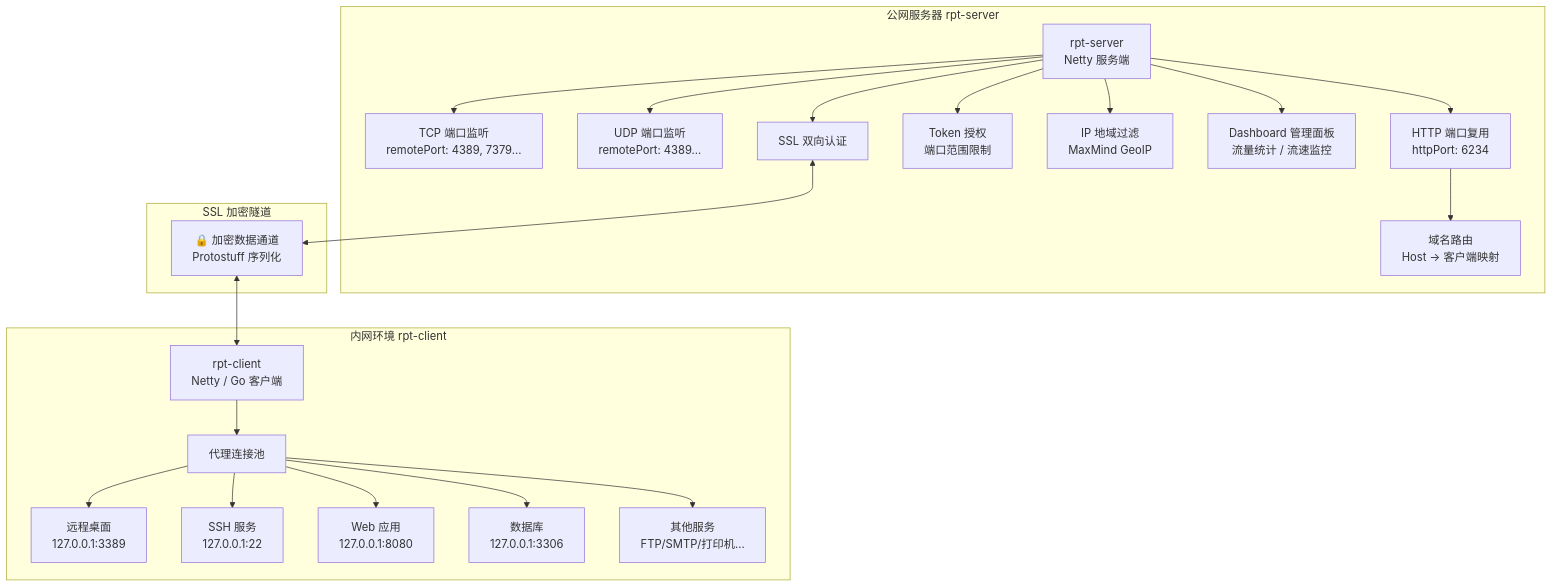
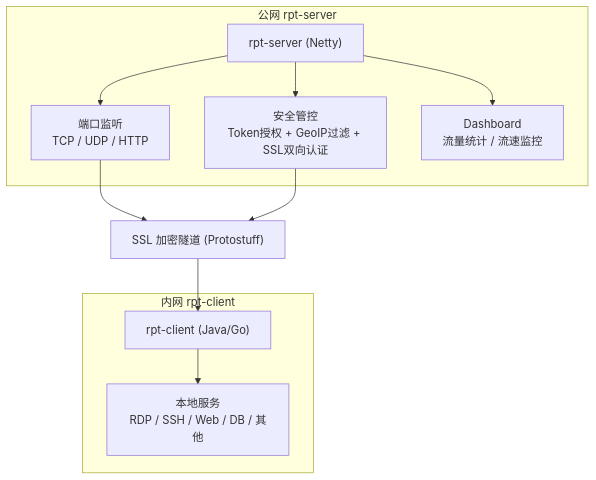
The second of 2 diagrams in README.md (iamlinhui/rpt), drawn with Mermaid before and after one commit. The commit also changed other lines of this file, not shown here.

````diff
--- a/README.md
+++ b/README.md
@@ -84,31 +88,18 @@
 ```mermaid
 graph TB
-    subgraph "公网服务器 rpt-server"
-        S["rpt-server<br/>Netty 服务端"]
-        S --> TCP_BIND["TCP 端口监听<br/>remotePort: 4389, 7379..."]
-        S --> UDP_BIND["UDP 端口监听<br/>remotePort: 4389..."]
-        S --> HTTP_BIND["HTTP 端口复用<br/>httpPort: 6234"]
-        HTTP_BIND --> ROUTE["域名路由<br/>Host → 客户端映射"]
-        S --> AUTH["Token 授权<br/>端口范围限制"]
-        S --> GEO["IP 地域过滤<br/>MaxMind GeoIP"]
-        S --> DASH["Dashboard 管理面板<br/>流量统计 / 流速监控"]
-        S --> SSL_S["SSL 双向认证"]
+    subgraph Server["公网 rpt-server"]
+        S["rpt-server (Netty)"]
+        S --> BIND["端口监听<br/>TCP / UDP / HTTP"]
+        S --> CTRL["安全管控<br/>Token授权 + GeoIP过滤 + SSL双向认证"]
+        S --> DASH["Dashboard<br/>流量统计 / 流速监控"]
     end
 
-    subgraph "SSL 加密隧道"
-        TUNNEL["🔒 加密数据通道<br/>Protostuff 序列化"]
+    BIND --> TUNNEL["SSL 加密隧道 (Protostuff)"]
+    CTRL --> TUNNEL
+    TUNNEL --> C
+
+    subgraph Client["内网 rpt-client"]
+        C["rpt-client (Java/Go)"]
+        C --> SVC["本地服务<br/>RDP / SSH / Web / DB / 其他"]
     end
-
-    subgraph "内网环境 rpt-client"
-        C["rpt-client<br/>Netty / Go 客户端"]
-        C --> P1["代理连接池"]
-        P1 --> RDP["远程桌面<br/>127.0.0.1:3389"]
-        P1 --> SSH["SSH 服务<br/>127.0.0.1:22"]
-        P1 --> WEB["Web 应用<br/>127.0.0.1:8080"]
-        P1 --> DB["数据库<br/>127.0.0.1:3306"]
-        P1 --> OTHER["其他服务<br/>FTP/SMTP/打印机..."]
-    end
-
-    SSL_S <--> TUNNEL
-    TUNNEL <--> C
 ```
````
